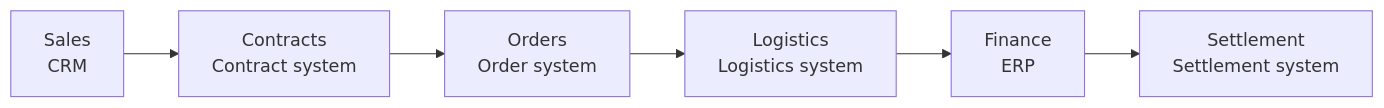
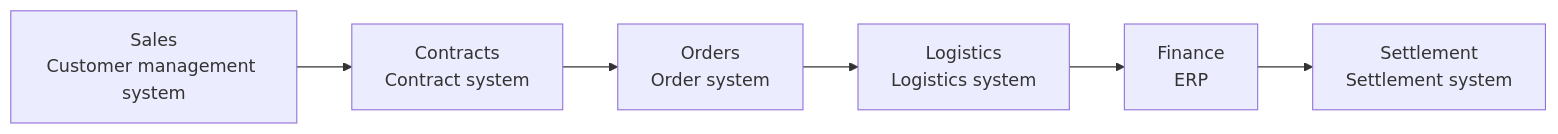
The third of 3 diagrams in _en/2026-09-03-developers-to-internal-fde.md (haandol/haandol.github.com), drawn with Mermaid before and after one commit. The commit also changed other lines of this file and 8 other files, not shown here.

````diff
--- a/_en/2026-09-03-developers-to-internal-fde.md
+++ b/_en/2026-09-03-developers-to-internal-fde.md
@@ -198,8 +184,8 @@
 ```mermaid
 flowchart LR
-    A["Sales<br/>CRM"] --> B["Contracts<br/>Contract system"]
+    A["Sales<br/>Customer management system"] --> B["Contracts<br/>Contract system"]
     B --> C["Orders<br/>Order system"]
     C --> D["Logistics<br/>Logistics system"]
     D --> E["Finance<br/>ERP"]
     E --> F["Settlement<br/>Settlement system"]
 ```
````
